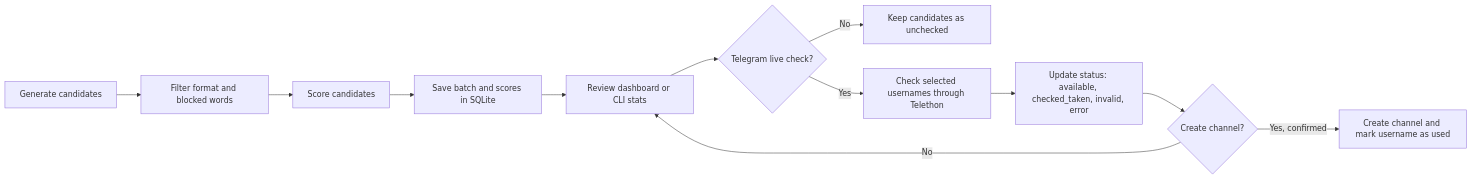
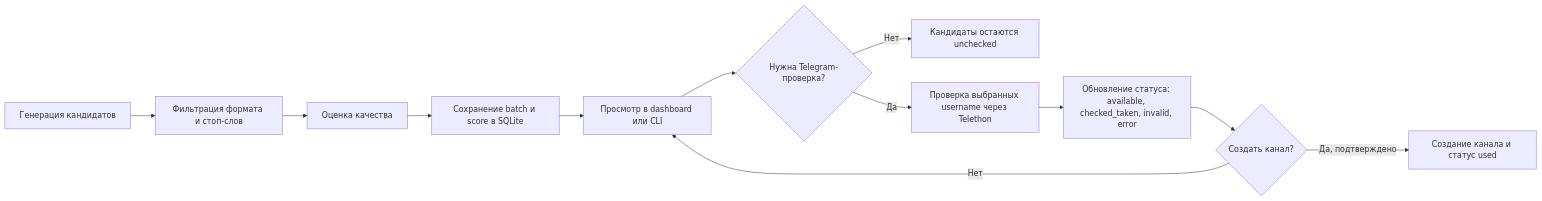
Before and after one commit to pyGitDev7/username-studio: the diagram in README.md, drawn with Mermaid. The commit also changed other lines of this file, not shown here.

````diff
--- a/README.md
+++ b/README.md
@@ -180,14 +187,14 @@
 ```mermaid
 flowchart LR
-    A["Generate candidates"] --> B["Filter format and blocked words"]
-    B --> C["Score candidates"]
-    C --> D["Save batch and scores in SQLite"]
-    D --> E["Review dashboard or CLI stats"]
-    E --> F{"Telegram live check?"}
-    F -->|"No"| G["Keep candidates as unchecked"]
-    F -->|"Yes"| H["Check selected usernames through Telethon"]
-    H --> I["Update status: available, checked_taken, invalid, error"]
-    I --> J{"Create channel?"}
-    J -->|"No"| E
-    J -->|"Yes, confirmed"| K["Create channel and mark username as used"]
+    A["Генерация кандидатов"] --> B["Фильтрация формата и стоп-слов"]
+    B --> C["Оценка качества"]
+    C --> D["Сохранение batch и score в SQLite"]
+    D --> E["Просмотр в dashboard или CLI"]
+    E --> F{"Нужна Telegram-проверка?"}
+    F -->|"Нет"| G["Кандидаты остаются unchecked"]
+    F -->|"Да"| H["Проверка выбранных username через Telethon"]
+    H --> I["Обновление статуса: available, checked_taken, invalid, error"]
+    I --> J{"Создать канал?"}
+    J -->|"Нет"| E
+    J -->|"Да, подтверждено"| K["Создание канала и статус used"]
 ```
````
